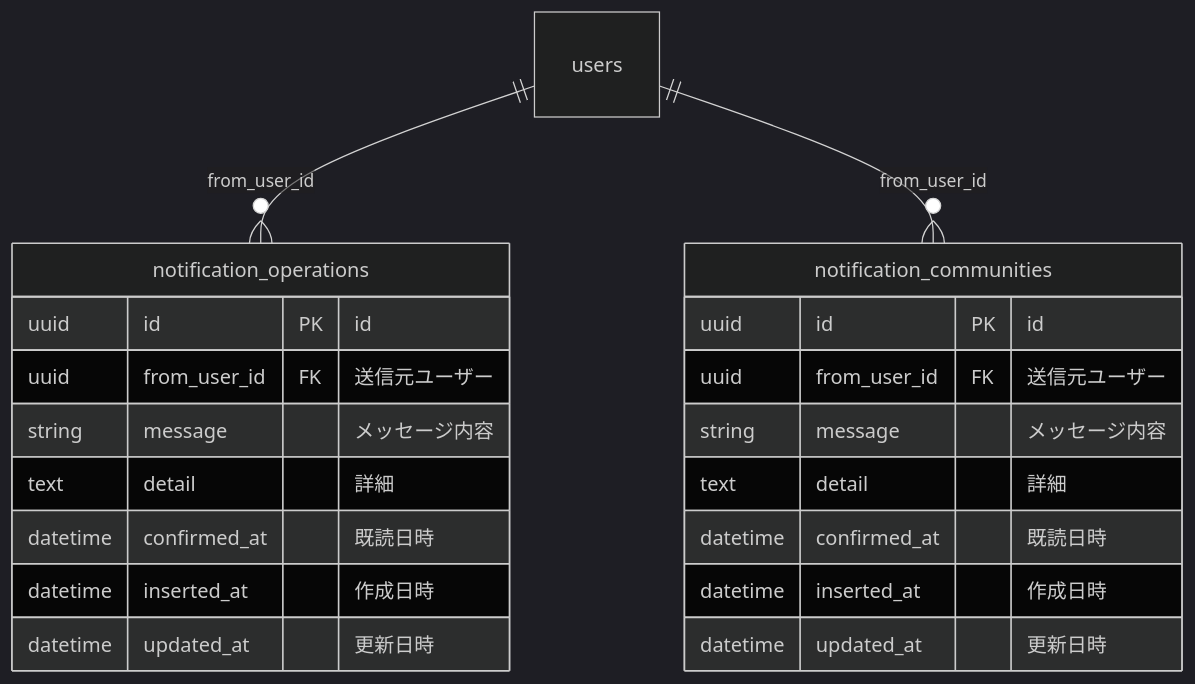
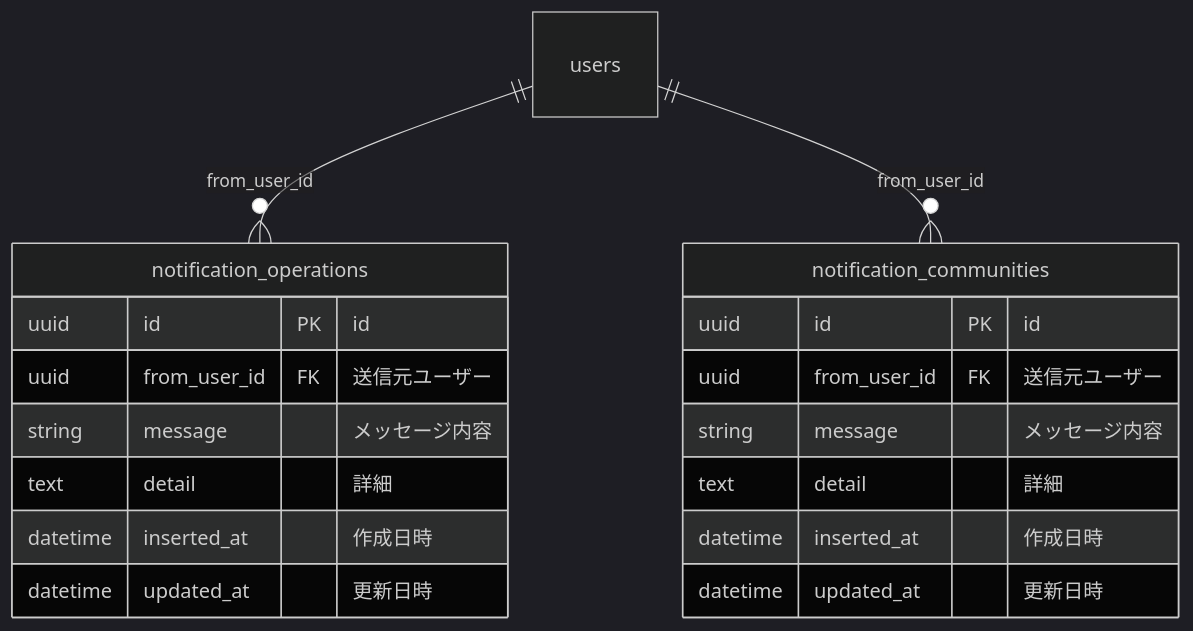
The fourth of 4 diagrams in docs/conceptual_schemas/notifications.md (bright-org/bright), drawn with Mermaid (dark theme) before and after one commit. The commit also changed other lines of this file and 7 other files, not shown here.

````diff
--- a/docs/conceptual_schemas/notifications.md
+++ b/docs/conceptual_schemas/notifications.md
@@ -95,26 +89,24 @@
 ```mermaid
 erDiagram
   "users" ||--o{ "notification_operations" : "from_user_id"
 
   notification_operations {
     uuid id PK "id"
     uuid from_user_id	FK "送信元ユーザー"
     string message	"メッセージ内容"
     text detail	"詳細"
-    datetime confirmed_at "既読日時"
     datetime inserted_at "作成日時"
     datetime updated_at "更新日時"
   }
 
   "users" ||--o{ "notification_communities" : "from_user_id"
 
   notification_communities {
     uuid id PK "id"
     uuid from_user_id	FK "送信元ユーザー"
     string message	"メッセージ内容"
     text detail	"詳細"
-    datetime confirmed_at "既読日時"
     datetime inserted_at "作成日時"
     datetime updated_at "更新日時"
   }
 ```
````
